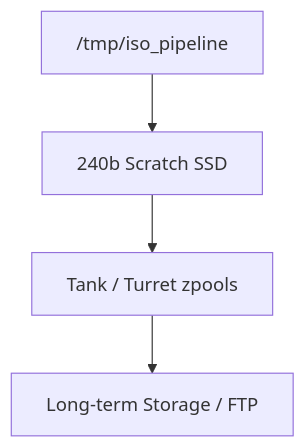
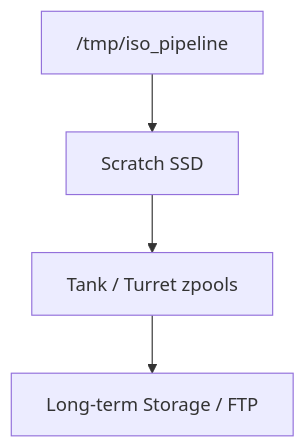
One commit to patrickfcarey/loadout-pipeline changed the fourth of 5 diagrams in ai_agent_entry_point.md. Above: the diagram before and after it, drawn with Mermaid. The commit also changed other lines of this file and 19 other files, not shown here.

````diff
--- a/ai_agent_entry_point.md
+++ b/ai_agent_entry_point.md
@@ -112,6 +102,6 @@
 ```mermaid
 flowchart TD
-TMP["/tmp/iso_pipeline"] --> SSD["240b Scratch SSD"]
+TMP["/tmp/iso_pipeline"] --> SSD["Scratch SSD"]
 SSD --> HDD["Tank / Turret zpools"]
 HDD --> Archive["Long-term Storage / FTP"]
 ```
````
